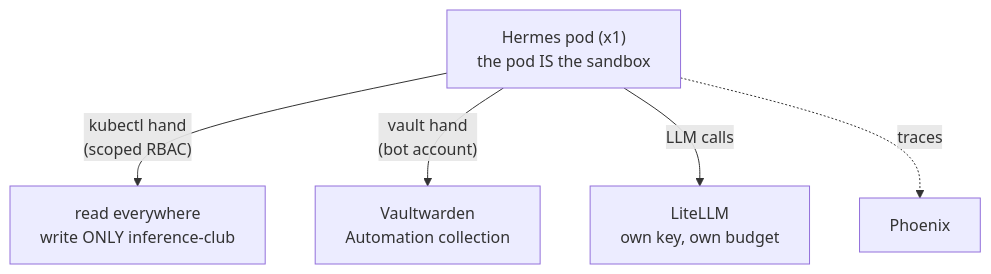
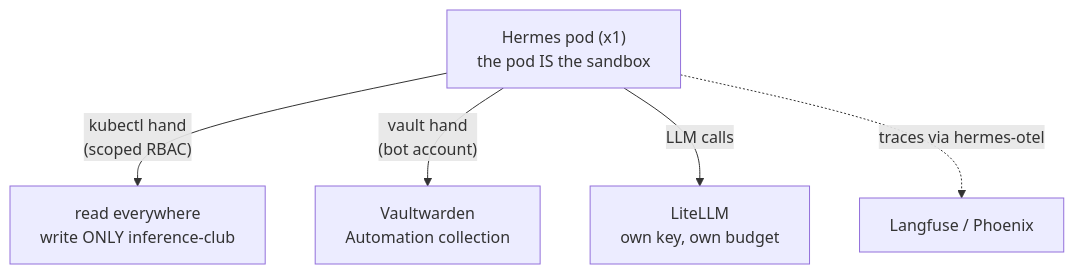
Before and after one commit to briancaffey/home-lab: the diagram in docs-site/docs/ai/hermes.md, drawn with Mermaid. The commit also changed other lines of this file and 10 other files, not shown here.

````diff
--- a/docs-site/docs/ai/hermes.md
+++ b/docs-site/docs/ai/hermes.md
@@ -18,8 +18,8 @@
 ```mermaid
 flowchart TD
     H["Hermes pod (x1)<br/>the pod IS the sandbox"]
     H -->|"kubectl hand<br/>(scoped RBAC)"| K["read everywhere<br/>write ONLY inference-club"]
     H -->|"vault hand<br/>(bot account)"| V["Vaultwarden<br/>Automation collection"]
     H -->|"LLM calls"| L["LiteLLM<br/>own key, own budget"]
-    H -.traces.-> P["Phoenix"]
+    H -.traces via hermes-otel.-> P["Langfuse / Phoenix"]
 ```
````
